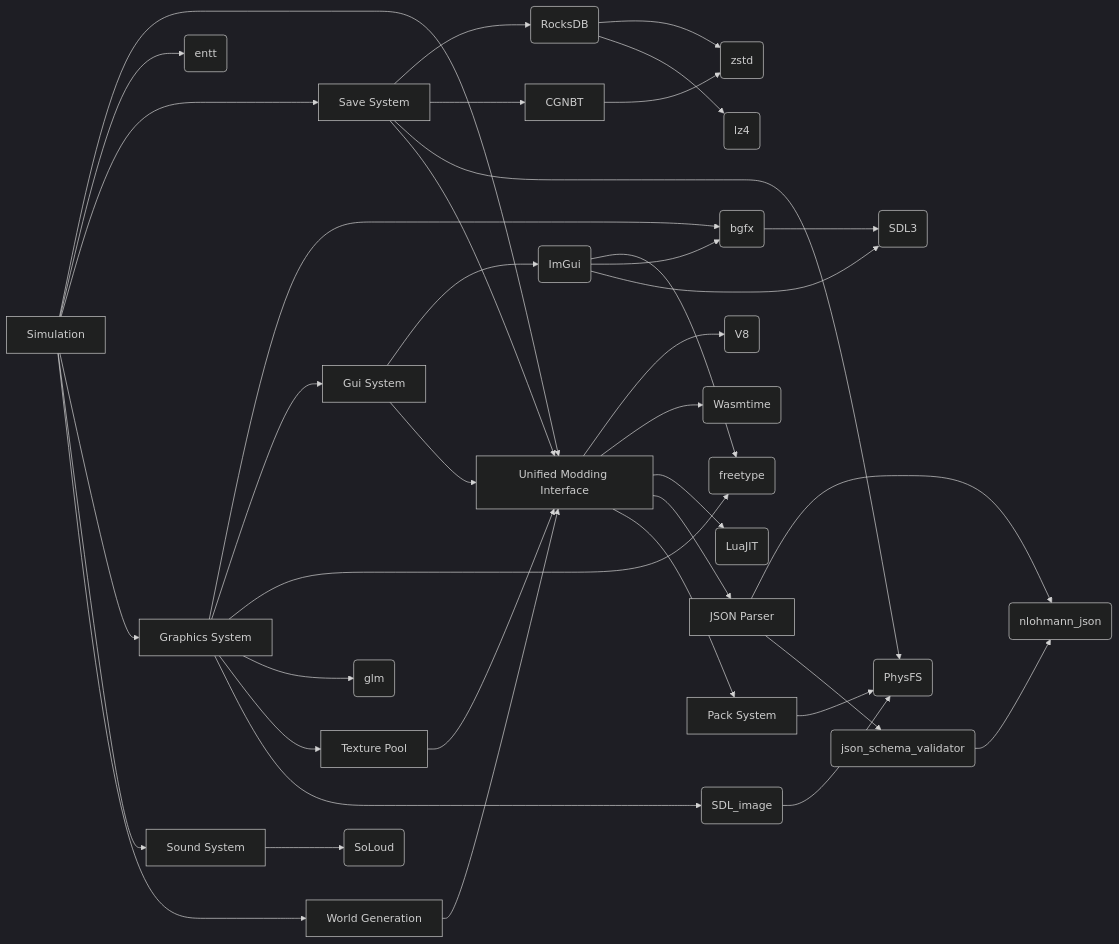
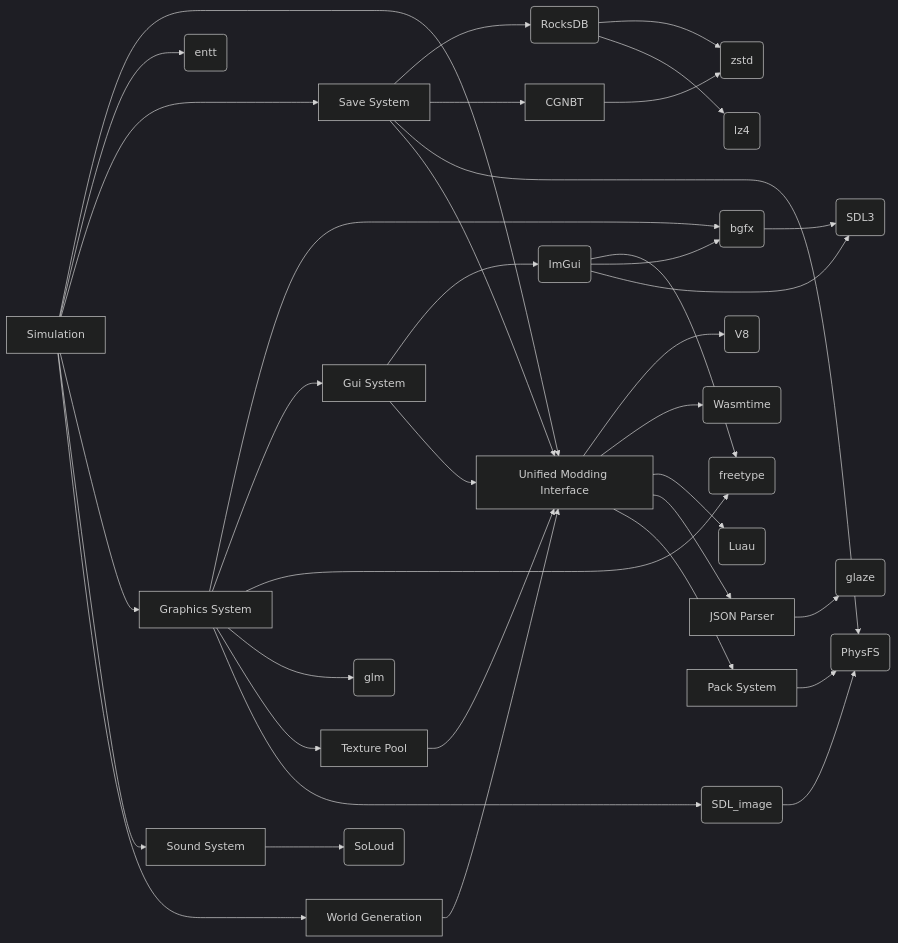
The diagram in docs/cg/design.mdx (cherryridge/docs), drawn with Mermaid (dark theme) before and after one commit. The commit also changed 35 other files, not shown here.

````diff
--- a/docs/cg/design.mdx
+++ b/docs/cg/design.mdx
@@ -27,41 +27,39 @@
 ```mermaid
 graph LR
     A[Simulation]-->B[Unified Modding Interface]
     A-->C(entt)
     B-->D(V8)
     B-->E(Wasmtime)
-    B-->F(LuaJIT)
+    B-->F(Luau)
     B-->G[JSON Parser]
-    G-->g(nlohmann_json)
-    G-->gg(json_schema_validator)
-    gg-->g
+    G-->g(glaze)
     B-->H[Pack System]
     I[World Generation]-->B
     A-->J[Save System]
     J-->K(RocksDB)
     J-->L[CGNBT]
     K-->l(zstd)
     K-->ll(lz4)
     L-->l
     J-->M(PhysFS)
     A-->N[Graphics System]
     N-->O(bgfx)
     N-->P[Gui System]
     P-->Q(ImGui)
     Q-->q(freetype)
     N-->q
     N-->r(glm)
     Q-->O
     P-->B
     N-->R[Texture Pool]
     R-->B
     O-->S(SDL3)
     Q-->S
     N-->T(SDL_image)
     T-->M
     A-->U[Sound System]
     U-->V(SoLoud)
     H-->M
     J-->B
     A-->I
 ```
````
